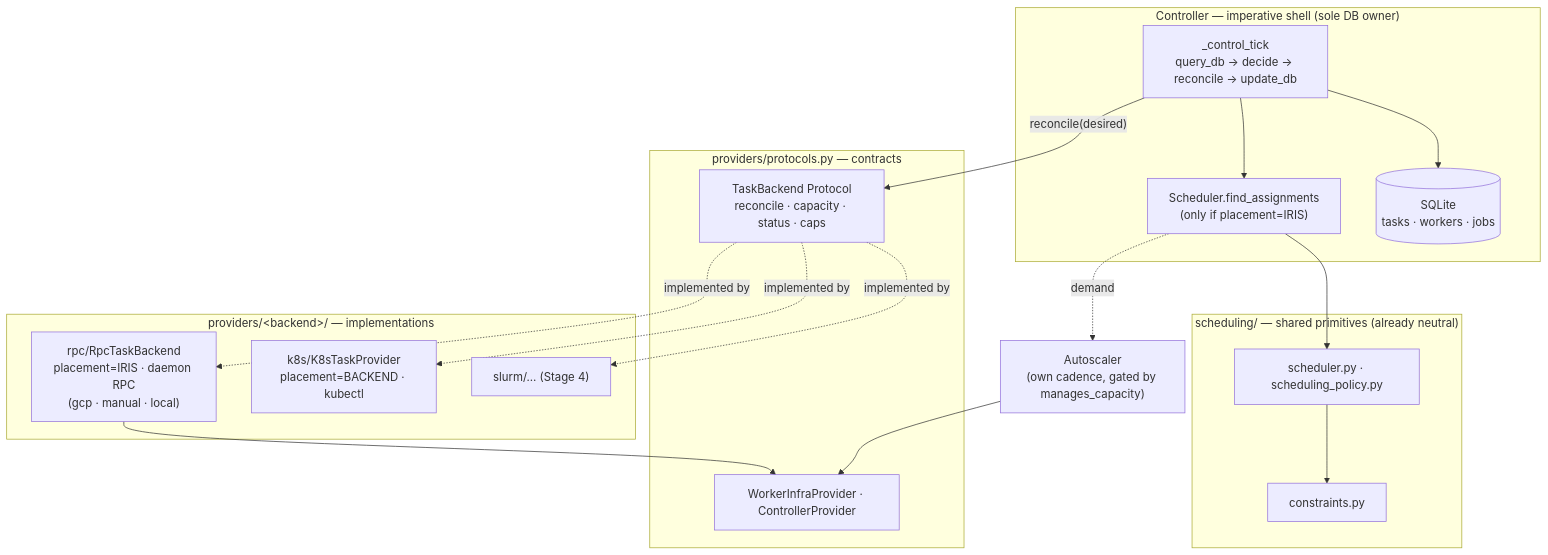
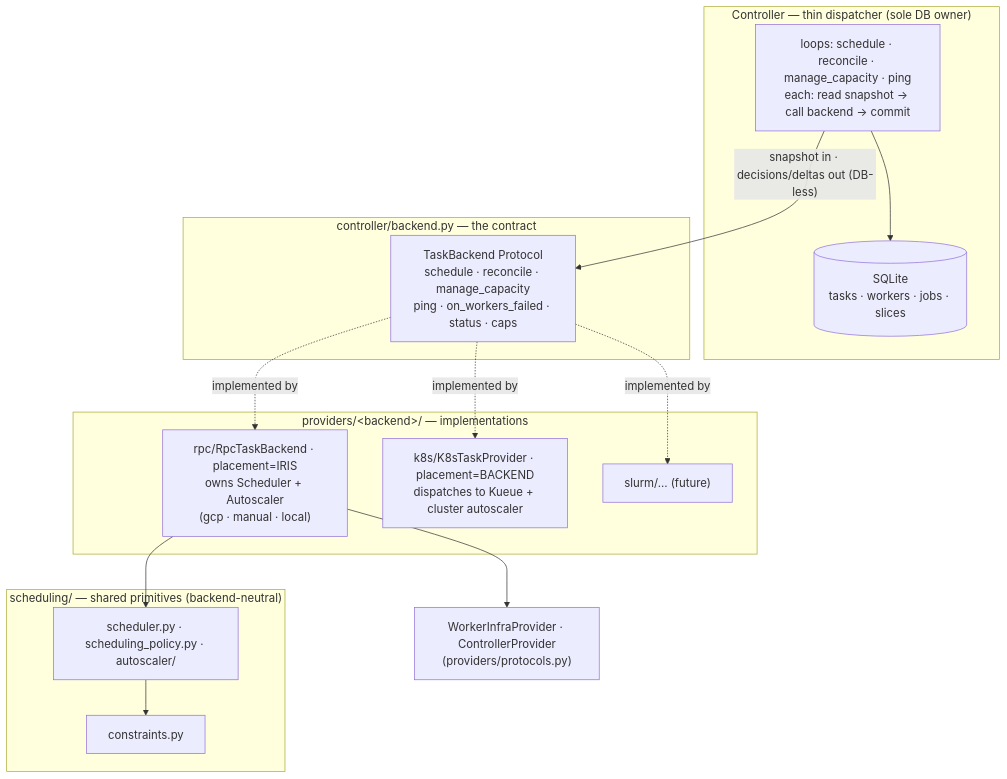
The diagram in docs/plans/iris-taskprovider-contract.md (marin-community/marin), drawn with Mermaid before and after one commit. The commit also changed other lines of this file, not shown here.

First line of the commit message:
[iris] Plan: richer DB-less backend contract (schedule+reconcile+autoscale) (#6178)

````diff
--- a/docs/plans/iris-taskprovider-contract.md
+++ b/docs/plans/iris-taskprovider-contract.md
@@ -416,38 +437,33 @@
 ```mermaid
 flowchart TD
-    subgraph shell["Controller — imperative shell (sole DB owner)"]
-        TICK["_control_tick<br/>query_db → decide → reconcile → update_db"]
-        SCHED["Scheduler.find_assignments<br/>(only if placement=IRIS)"]
-        DB[("SQLite<br/>tasks · workers · jobs")]
+    subgraph shell["Controller — thin dispatcher (sole DB owner)"]
+        LOOPS["loops: schedule · reconcile · manage_capacity · ping<br/>each: read snapshot → call backend → commit"]
+        DB[("SQLite<br/>tasks · workers · jobs · slices")]
     end
 
-    subgraph prim["scheduling/ — shared primitives (already neutral)"]
-        SP["scheduler.py · scheduling_policy.py"]
+    subgraph contract["controller/backend.py — the contract"]
+        TB["TaskBackend Protocol<br/>schedule · reconcile · manage_capacity<br/>ping · on_workers_failed · status · caps"]
+    end
+
+    subgraph impls["providers/&lt;backend&gt;/ — implementations"]
+        RPC["rpc/RpcTaskBackend · placement=IRIS<br/>owns Scheduler + Autoscaler<br/>(gcp · manual · local)"]
+        K8S["k8s/K8sTaskProvider · placement=BACKEND<br/>dispatches to Kueue + cluster autoscaler"]
+        SLURM["slurm/… (future)"]
+    end
+
+    subgraph prim["scheduling/ — shared primitives (backend-neutral)"]
+        SP["scheduler.py · scheduling_policy.py · autoscaler/"]
         CN["constraints.py"]
     end
 
-    subgraph contract["providers/protocols.py — contracts"]
-        TB["TaskBackend Protocol<br/>reconcile · capacity · status · caps"]
-        INFRA["WorkerInfraProvider · ControllerProvider"]
-    end
+    INFRA["WorkerInfraProvider · ControllerProvider<br/>(providers/protocols.py)"]
 
-    subgraph impls["providers/&lt;backend&gt;/ — implementations"]
-        RPC["rpc/RpcTaskBackend<br/>placement=IRIS · daemon RPC<br/>(gcp · manual · local)"]
-        K8S["k8s/K8sTaskProvider<br/>placement=BACKEND · kubectl"]
-        SLURM["slurm/… (Stage 4)"]
-    end
-
-    AUTO["Autoscaler<br/>(own cadence, gated by manages_capacity)"]
-
-    TICK --> DB
-    TICK --> SCHED
-    SCHED --> SP
-    SP --> CN
-    TICK -->|"reconcile(desired)"| TB
+    LOOPS --> DB
+    LOOPS -->|"snapshot in · decisions/deltas out (DB-less)"| TB
     TB -.implemented by.-> RPC
     TB -.implemented by.-> K8S
     TB -.implemented by.-> SLURM
+    RPC --> SP
+    SP --> CN
     RPC --> INFRA
-    AUTO --> INFRA
-    SCHED -.demand.-> AUTO
 ```
````
